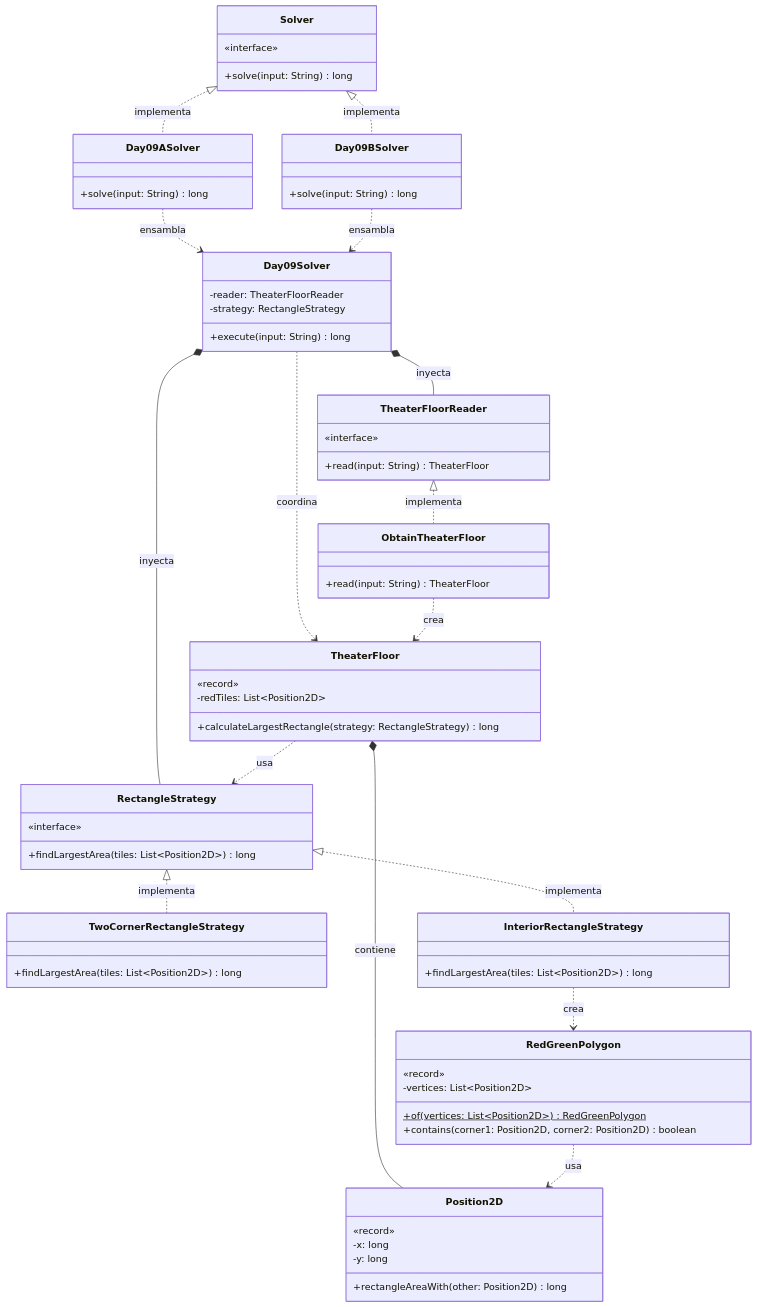
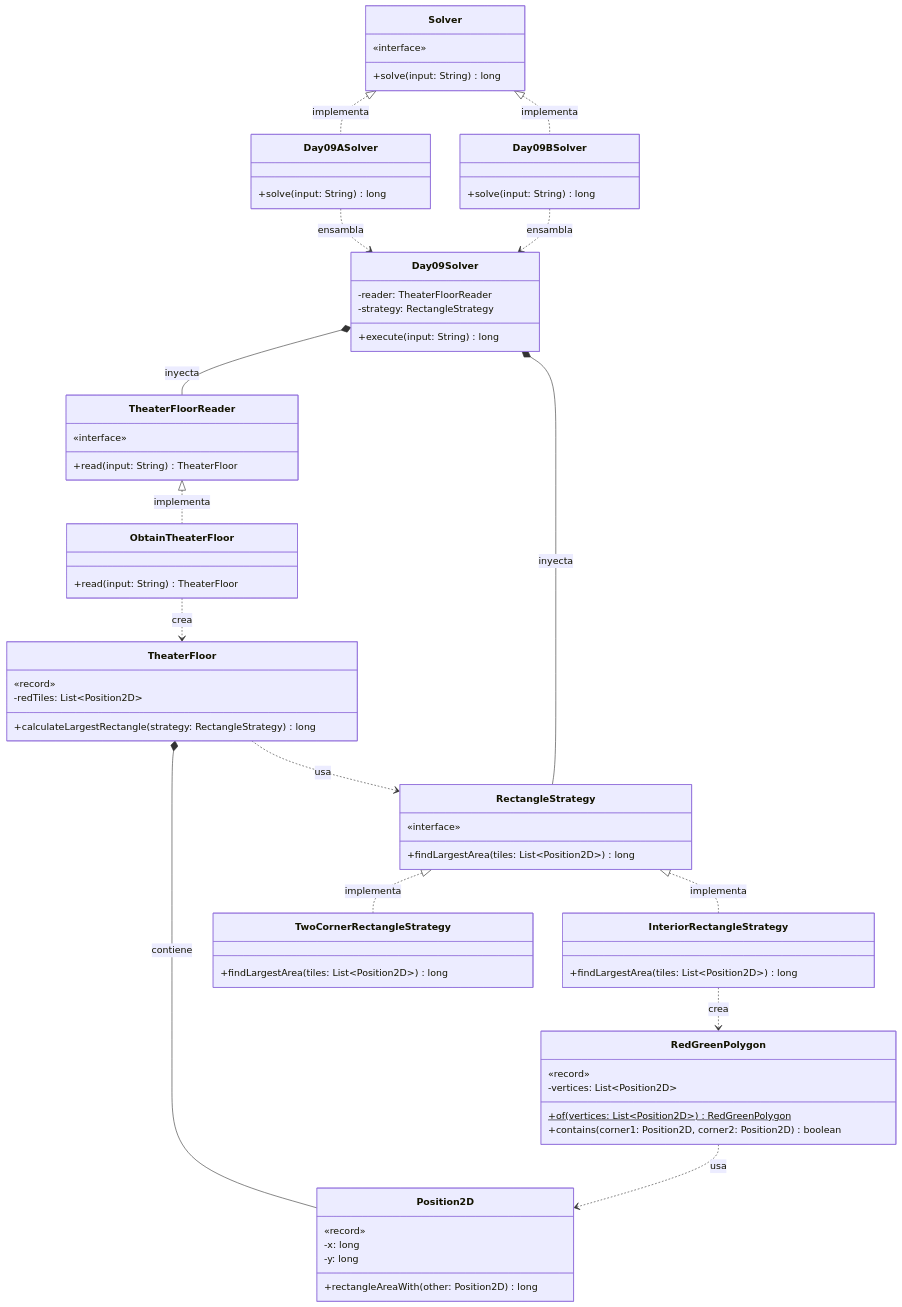
The diagram in src/main/java/software/aoc/day09/README.md (ivanperezdiaz829/AoC2025), drawn with Mermaid before and after one commit. The commit also changed other lines of this file, not shown here.

```diff
--- a/src/main/java/software/aoc/day09/README.md
+++ b/src/main/java/software/aoc/day09/README.md
@@ -113,7 +112,6 @@
   Day09Solver *-- RectangleStrategy : inyecta
 
 %% Relaciones de Dominio
-  Day09Solver ..> TheaterFloor : coordina
   ObtainTheaterFloor ..> TheaterFloor : crea
   TheaterFloor *-- Position2D : contiene
   TheaterFloor ..> RectangleStrategy : usa
```
